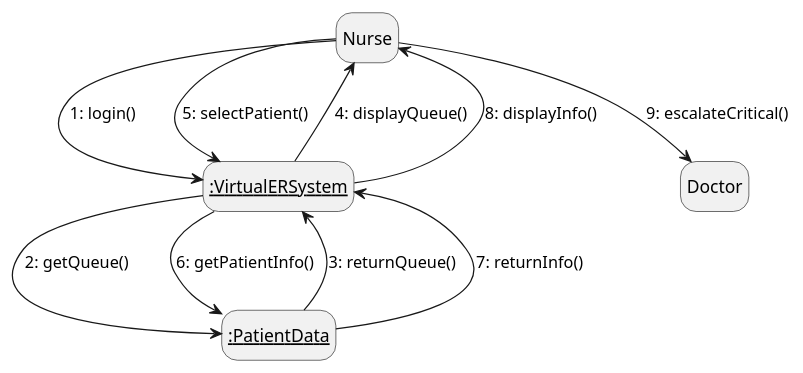
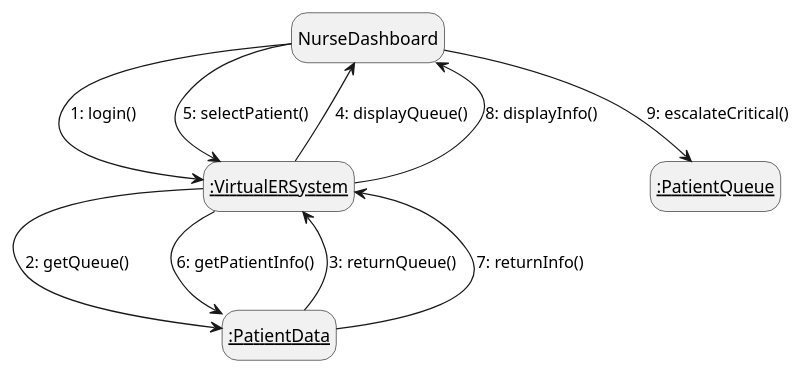
Before and after one commit to SENG-350-2024-fall/Group2: the diagram in milestone_2/Brandon_Diagrams/collaborationNurse.puml, drawn with PlantUML. The commit also changed 11 other files, not shown here.

```diff
--- a/milestone_2/Brandon_Diagrams/collaborationNurse.puml
+++ b/milestone_2/Brandon_Diagrams/collaborationNurse.puml
@@ -1,14 +1,14 @@
 @startuml nurseCollaboration
 hide empty description
 
-Nurse --> __:VirtualERSystem__ : 1: login()
+NurseDashboard --> __:VirtualERSystem__ : 1: login()
 __:VirtualERSystem__ --> __:PatientData__ : 2: getQueue()
 __:PatientData__ --> __:VirtualERSystem__ : 3: returnQueue()
-__:VirtualERSystem__ --> Nurse : 4: displayQueue()
-Nurse --> __:VirtualERSystem__ : 5: selectPatient()
+__:VirtualERSystem__ --> NurseDashboard : 4: displayQueue()
+NurseDashboard --> __:VirtualERSystem__ : 5: selectPatient()
 __:VirtualERSystem__ --> __:PatientData__ : 6: getPatientInfo()
 __:PatientData__ --> __:VirtualERSystem__ : 7: returnInfo()
-__:VirtualERSystem__ --> Nurse : 8: displayInfo()
-Nurse --> Doctor : 9: escalateCritical()
+__:VirtualERSystem__ --> NurseDashboard : 8: displayInfo()
+NurseDashboard --> __:PatientQueue__ : 9: escalateCritical()
 
 @enduml
```
